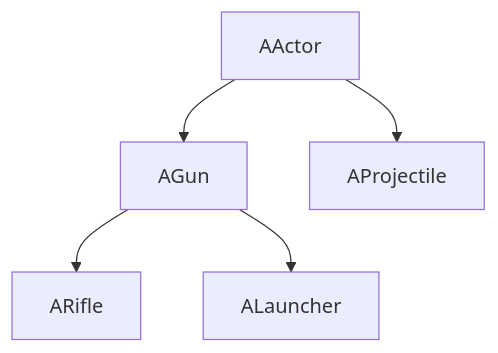
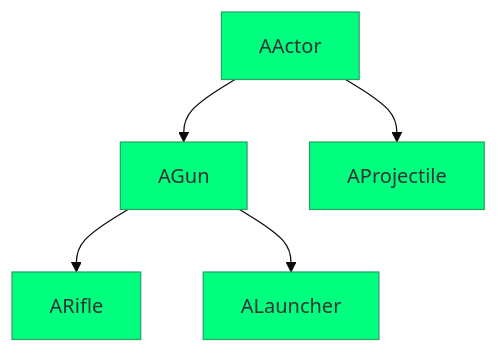
Before and after one commit to Mallllo/SimpleShooterRepository: the first of 2 diagrams in README.md, drawn with Mermaid.

````diff
--- a/README.md
+++ b/README.md
@@ -2,15 +2,15 @@
 ```mermaid
 %%{
   init: {
     'theme': 'base',
     'themeVariables': {
-      'primaryColor': '#00ff7f',
+      'primaryColor': '#00ff7f'
     }
   }
 }%%
 graph TD;
     AActor-->AGun;
     AGun-->ARifle;
     AGun-->ALauncher;
     AActor-->AProjectile;
 ```
````
